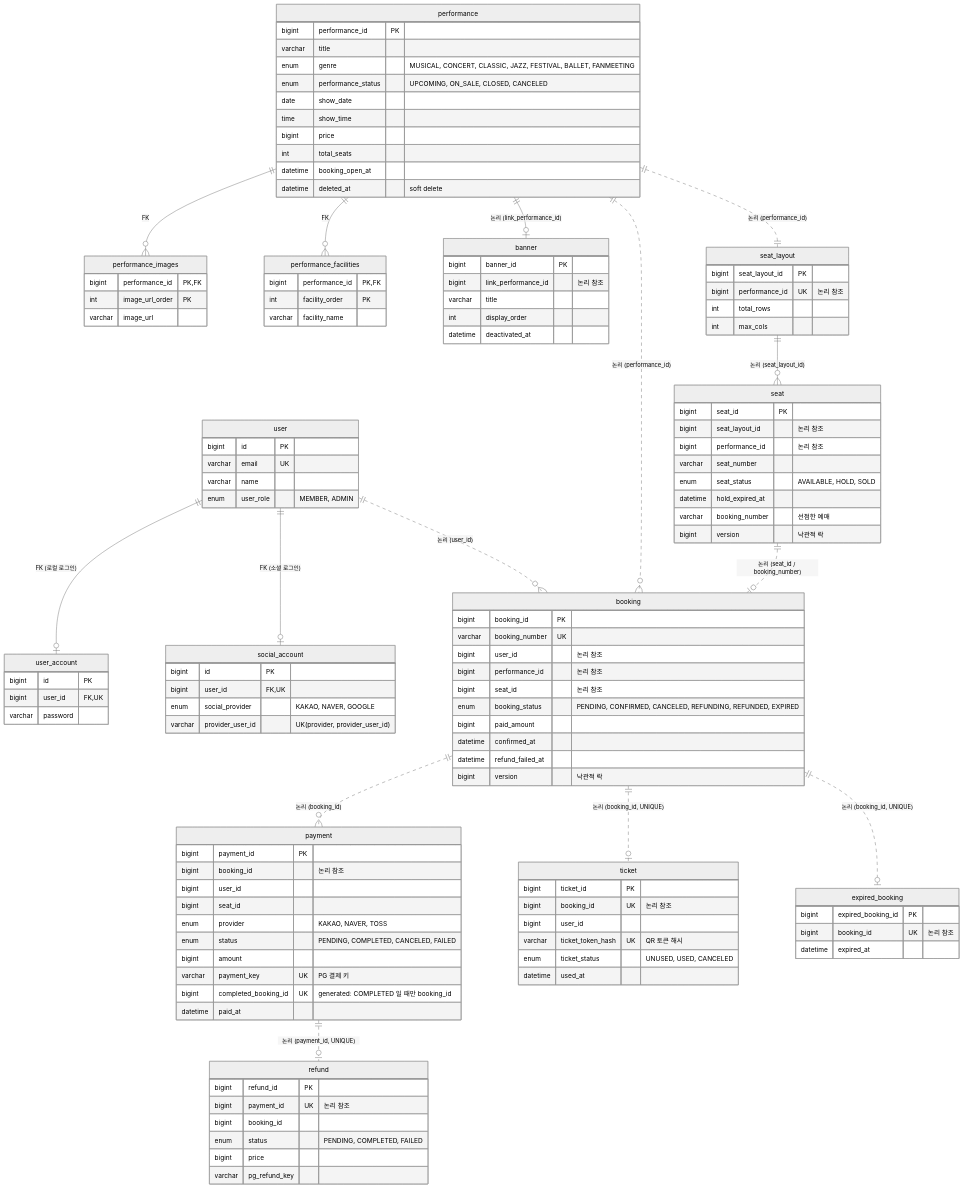
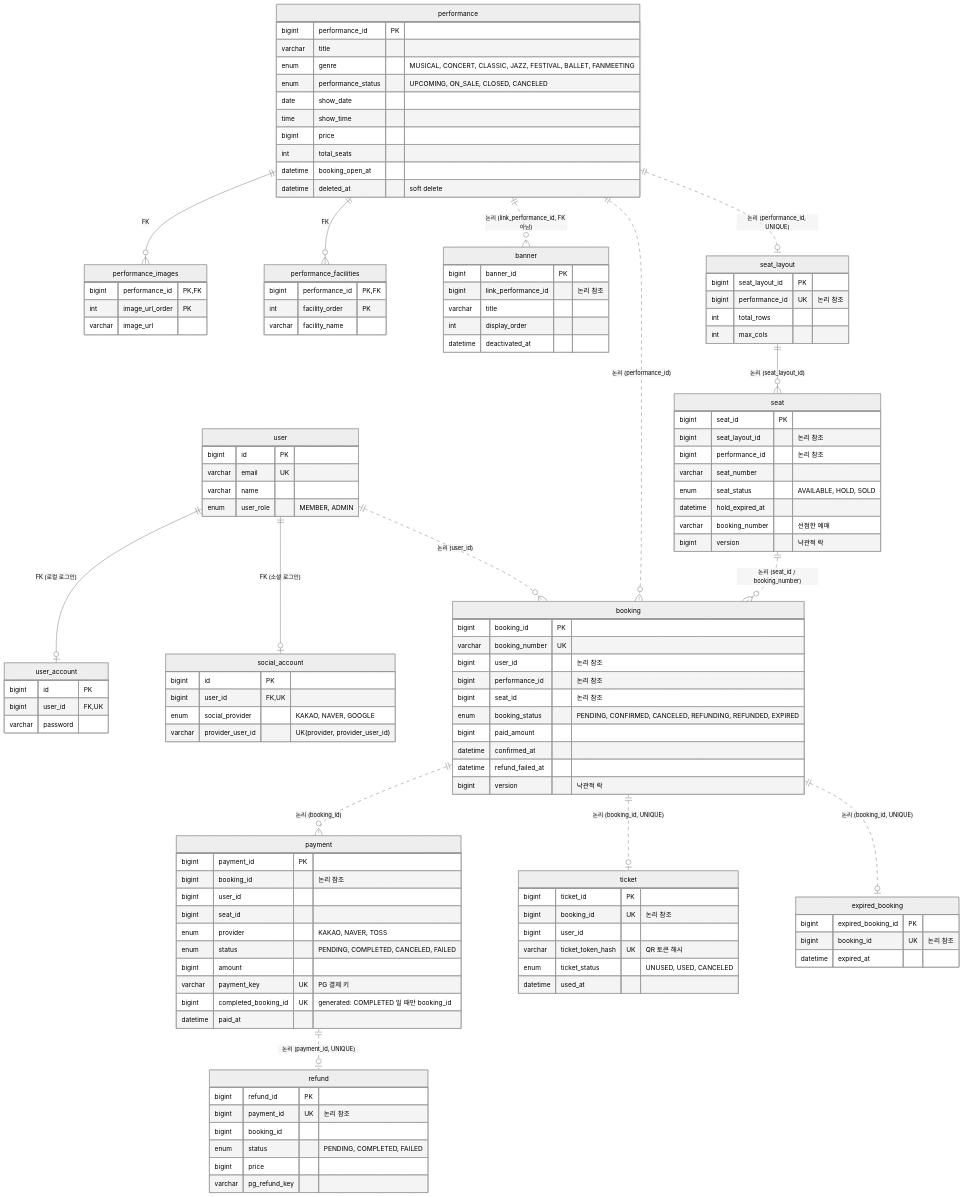
Before and after one commit to TicketRush/TicketRush-backend: the diagram in docs/erd.md, drawn with Mermaid (neutral theme).

Commit message:
[Docs] #601 ERD 카디널리티를 스키마 실제 제약에 맞춘다
자기 리뷰에서 3곳이 스키마와 어긋난 것을 찾았다.

- banner: link_performance_id 에 FK 도 UNIQUE 도 없다. 실선(FK) 1:1 이 아니라
  점선 1:N 이다
- seat_layout: performance_id 에 uk_seat_layout_performance_id 가 걸려 있어
  공연당 0 또는 1 이다. 양쪽 필수(||..||)가 아니다
- booking: 취소·만료 후 재예매가 가능해 한 좌석에 예매 이력이 여러 건 남는다.
  0..1 이 아니라 0..N 이다

```diff
--- a/docs/erd.md
+++ b/docs/erd.md
@@ -46,16 +46,16 @@
   %% ===== performance-service =====
   performance ||--o{ performance_images : "FK"
   performance ||--o{ performance_facilities : "FK"
-  performance ||--o| banner : "논리 (link_performance_id)"
+  performance ||..o{ banner : "논리 (link_performance_id, FK 아님)"
 
   %% ===== seat-service =====
-  performance ||..|| seat_layout : "논리 (performance_id)"
+  performance ||..o| seat_layout : "논리 (performance_id, UNIQUE)"
   seat_layout ||--o{ seat : "논리 (seat_layout_id)"
 
   %% ===== 예매 흐름 (전부 서비스 경계를 넘는 논리 참조) =====
   user ||..o{ booking : "논리 (user_id)"
   performance ||..o{ booking : "논리 (performance_id)"
-  seat ||..o| booking : "논리 (seat_id / booking_number)"
+  seat ||..o{ booking : "논리 (seat_id / booking_number)"
   booking ||..o{ payment : "논리 (booking_id)"
   booking ||..o| ticket : "논리 (booking_id, UNIQUE)"
   booking ||..o| expired_booking : "논리 (booking_id, UNIQUE)"
```
